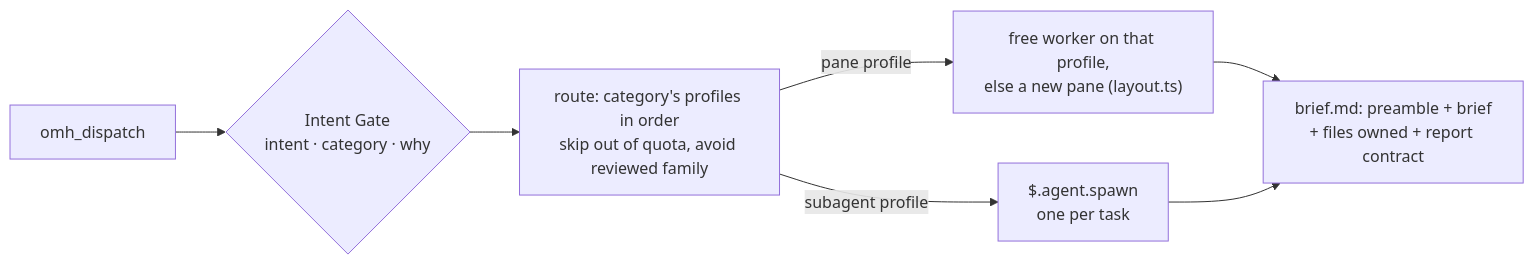
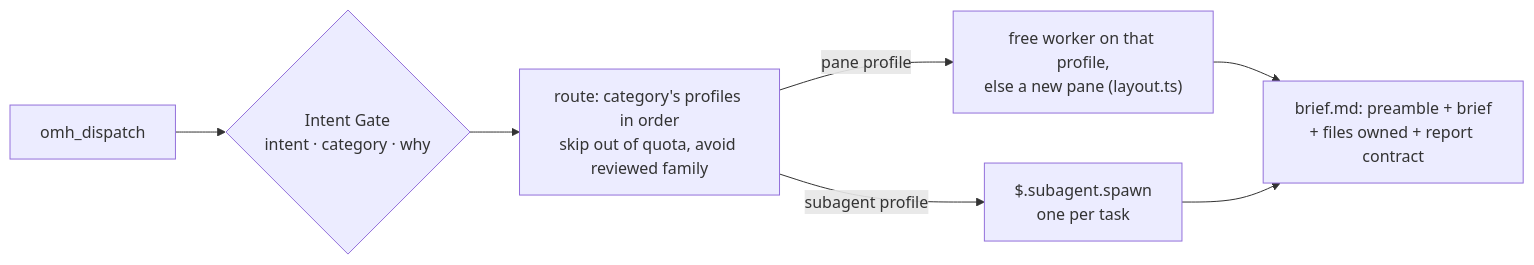
One commit to andyjjrt/oh-my-herdr changed the third of 4 diagrams in docs/architecture.md. Above: the diagram before and after it, drawn with Mermaid. The commit also changed other lines of this file and 71 other files, not shown here.

````diff
--- a/docs/architecture.md
+++ b/docs/architecture.md
@@ -170,9 +170,9 @@
 ```mermaid
 flowchart LR
   D[omh_dispatch] --> G{"Intent Gate<br/>intent · category · why"}
   G --> R["route: category's profiles in order<br/>skip out of quota, avoid reviewed family"]
   R -->|pane profile| P["free worker on that profile,<br/>else a new pane (layout.ts)"]
-  R -->|subagent profile| S["$.agent.spawn<br/>one per task"]
+  R -->|subagent profile| S["$.subagent.spawn<br/>one per task"]
   P --> B["brief.md: preamble + brief<br/>+ files owned + report contract"]
   S --> B
 ```
````
